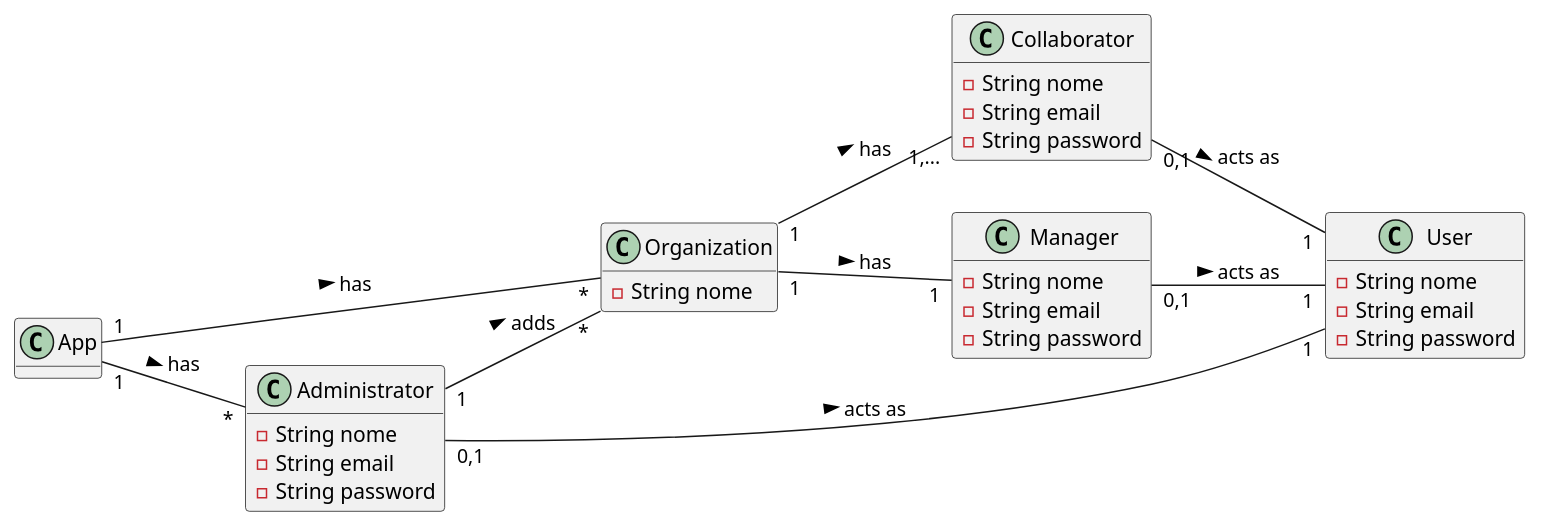
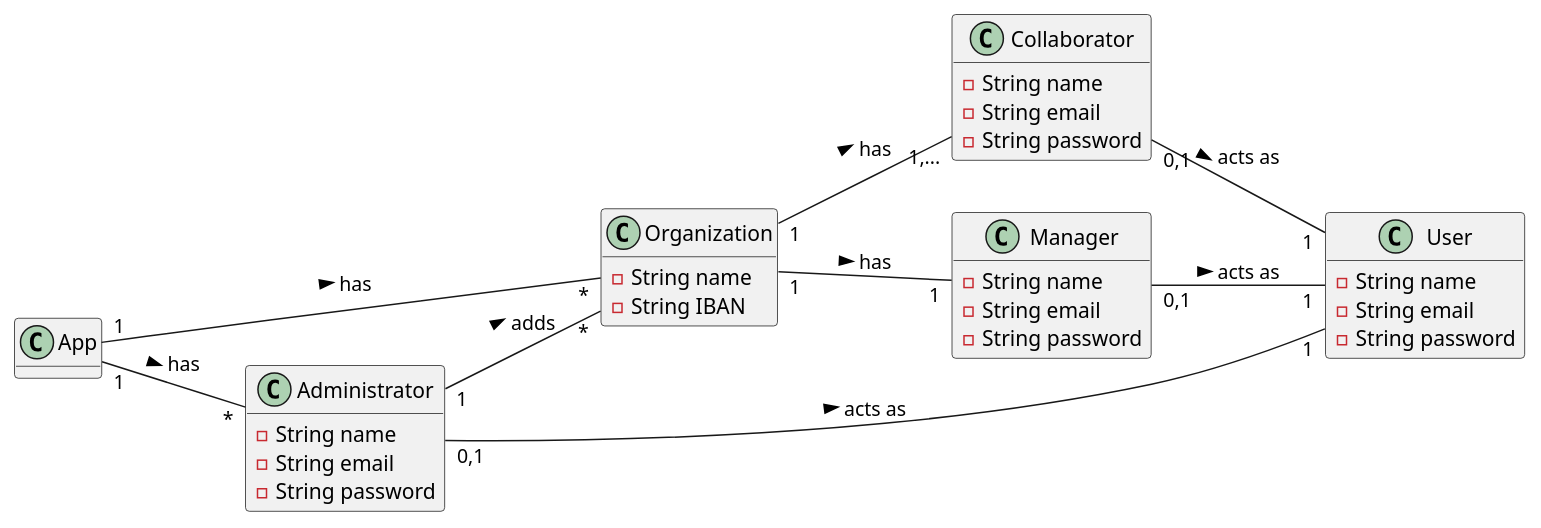
The diagram in docs/UC_08/UC08_MD.puml (botelho-io/lapr2-2020-g029), drawn with PlantUML before and after one commit. The commit also changed 10 other files, not shown here.

```diff
--- a/docs/UC_08/UC08_MD.puml
+++ b/docs/UC_08/UC08_MD.puml
@@ -1,47 +1,48 @@
 @startuml
 
 hide methods
 left to right direction
 
 class App {
 
 }
 
 class Organization {
-        - String nome
+        - String name
+        - String IBAN
 }
 
 class Administrator {
-        - String nome
+        - String name
         - String email
         - String password
 }
 
 class Collaborator {
-        - String nome
+        - String name
         - String email
         - String password
 }
 
 class Manager {
-        - String nome
+        - String name
         - String email
         - String password
 }
 
 class User {
-        - String nome
+        - String name
         - String email
         - String password
 }
 
 Collaborator                "0,1" -- "1"      User                      : acts as >
 Manager                    "0,1" -- "1"      User                      : acts as >
 Organization                 "1" -- "1,..."  Collaborator               : has >
 Organization                 "1" -- "1"      Manager                   : has >
 App                          "1" -- "*"      Organization              : has >
 App                          "1" -- "*"      Administrator             : has >
 Administrator                "1" -- "*"      Organization              : adds >
 Administrator              "0,1" -- "1"      User                      : acts as >
 
 @enduml
```
